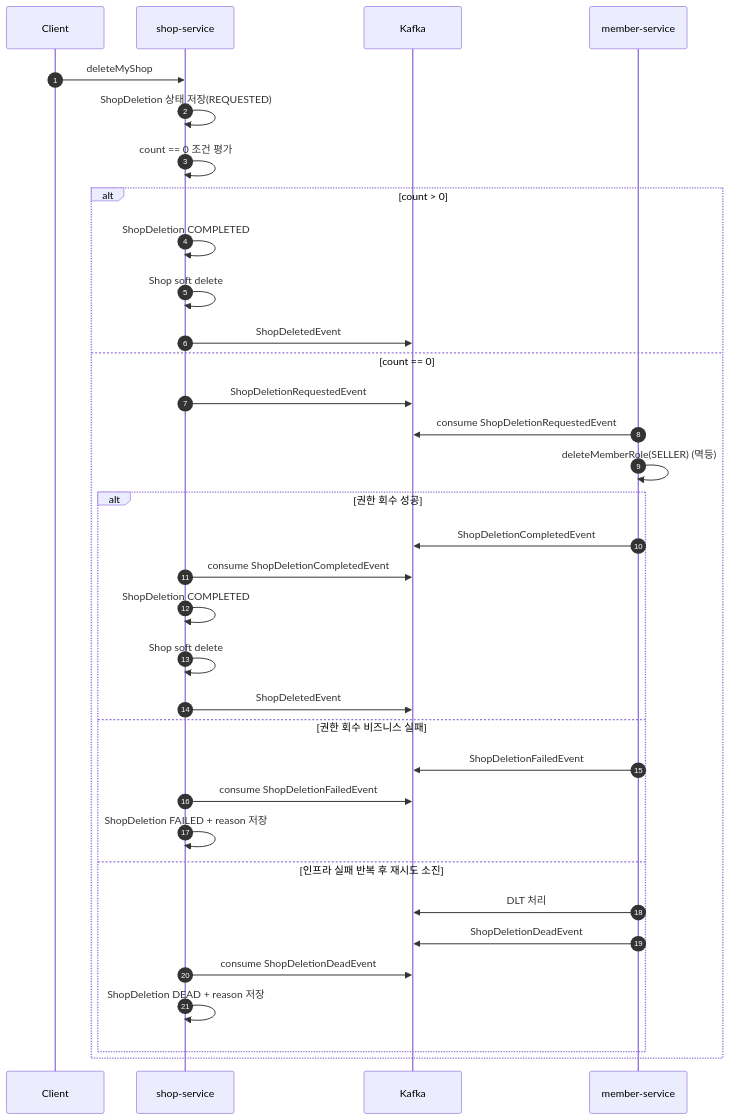
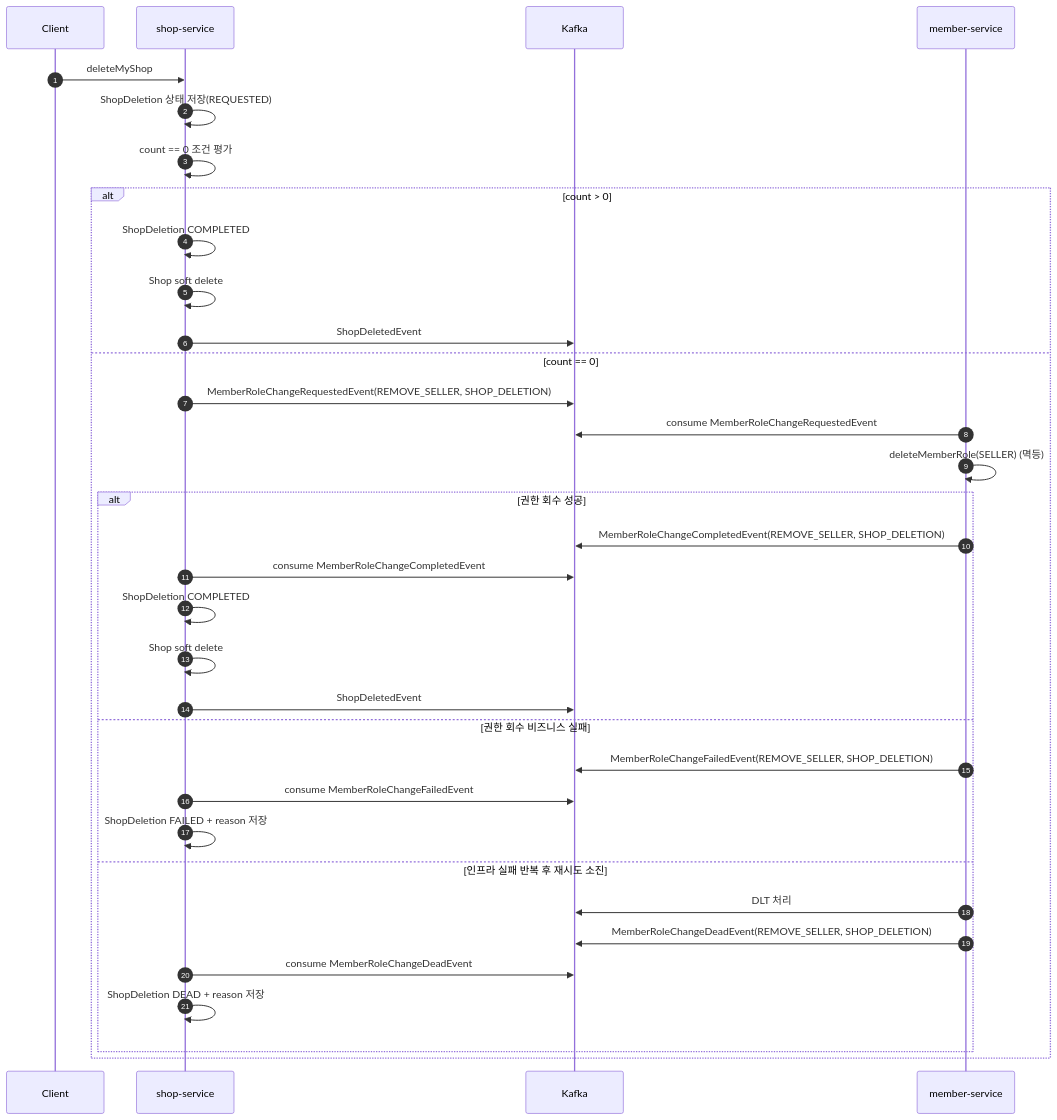
One commit to 95twan/myroutine changed the diagram in shop-service/docs/shop_delete_saga_design.md. Above: the diagram before and after it, drawn with Mermaid. The commit also changed other lines of this file and 49 other files, not shown here.

````diff
--- a/shop-service/docs/shop_delete_saga_design.md
+++ b/shop-service/docs/shop_delete_saga_design.md
@@ -150,37 +162,37 @@
 ```mermaid
 sequenceDiagram
     autonumber
     participant C as Client
     participant S as shop-service
     participant K as Kafka
     participant M as member-service
 
     C->>S: deleteMyShop
     S->>S: ShopDeletion 상태 저장(REQUESTED)
     S->>S: count == 0 조건 평가
     alt count > 0
         S->>S: ShopDeletion COMPLETED
         S->>S: Shop soft delete
         S->>K: ShopDeletedEvent
     else count == 0
-        S->>K: ShopDeletionRequestedEvent
-        M->>K: consume ShopDeletionRequestedEvent
+        S->>K: MemberRoleChangeRequestedEvent(REMOVE_SELLER, SHOP_DELETION)
+        M->>K: consume MemberRoleChangeRequestedEvent
         M->>M: deleteMemberRole(SELLER) (멱등)
         alt 권한 회수 성공
-            M->>K: ShopDeletionCompletedEvent
-            S->>K: consume ShopDeletionCompletedEvent
+            M->>K: MemberRoleChangeCompletedEvent(REMOVE_SELLER, SHOP_DELETION)
+            S->>K: consume MemberRoleChangeCompletedEvent
             S->>S: ShopDeletion COMPLETED
             S->>S: Shop soft delete
             S->>K: ShopDeletedEvent
         else 권한 회수 비즈니스 실패
-            M->>K: ShopDeletionFailedEvent
-            S->>K: consume ShopDeletionFailedEvent
+            M->>K: MemberRoleChangeFailedEvent(REMOVE_SELLER, SHOP_DELETION)
+            S->>K: consume MemberRoleChangeFailedEvent
             S->>S: ShopDeletion FAILED + reason 저장
         else 인프라 실패 반복 후 재시도 소진
             M->>K: DLT 처리
-            M->>K: ShopDeletionDeadEvent
-            S->>K: consume ShopDeletionDeadEvent
+            M->>K: MemberRoleChangeDeadEvent(REMOVE_SELLER, SHOP_DELETION)
+            S->>K: consume MemberRoleChangeDeadEvent
             S->>S: ShopDeletion DEAD + reason 저장
         end
     end
 ```
````
